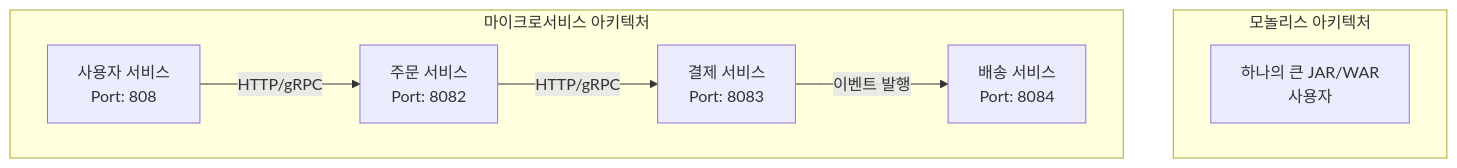
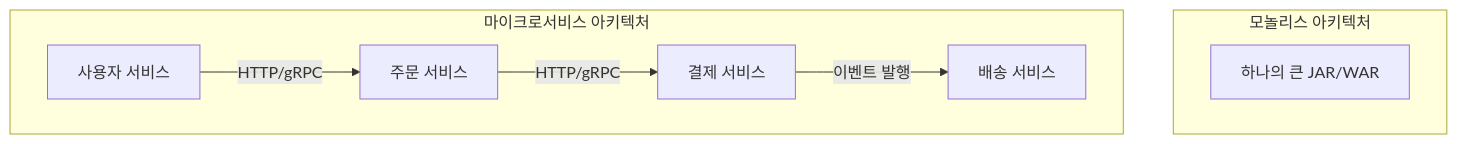
One commit to yjkim2015/yjkim2015.github.io changed diagram 14 of 17 in _posts/systemdesign/2026-05-02-system-design-fundamentals.md. Above: the diagram before and after it, drawn with Mermaid. The commit also changed other lines of this file and 217 other files, not shown here.

First line of the commit message:
Mermaid 크기 수정: useMaxWidth:true + SVG max-width:100% + 라벨 축소

````diff
--- a/_posts/systemdesign/2026-05-02-system-design-fundamentals.md
+++ b/_posts/systemdesign/2026-05-02-system-design-fundamentals.md
@@ -494,15 +494,15 @@
 ```mermaid
 graph TD
     subgraph "모놀리스 아키텍처"
-        M["하나의 큰 JAR/WAR\n사용자"]
+        M["하나의 큰 JAR/WAR"]
     end
     subgraph "마이크로서비스 아키텍처"
-        US["사용자 서비스\nPort: 808"]
-        OS["주문 서비스\nPort: 8082"]
-        PS["결제 서비스\nPort: 8083"]
-        DS["배송 서비스\nPort: 8084"]
+        US["사용자 서비스"]
+        OS["주문 서비스"]
+        PS["결제 서비스"]
+        DS["배송 서비스"]
     end
     US -->|"HTTP/gRPC"| OS
     OS -->|"HTTP/gRPC"| PS
     PS -->|"이벤트 발행"| DS
 ```
````
